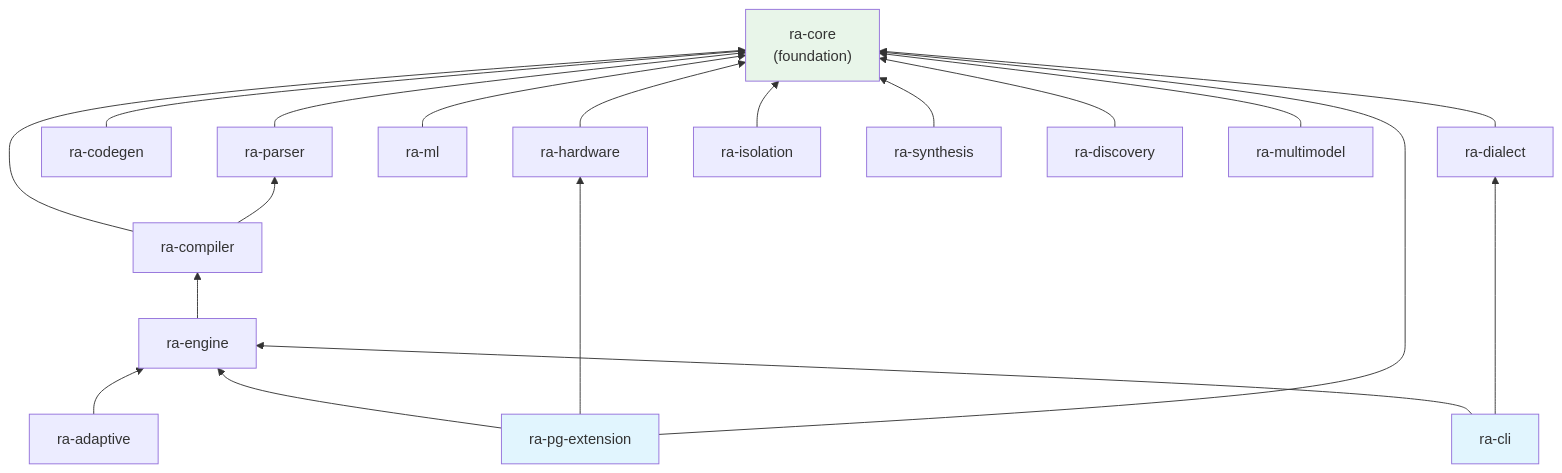
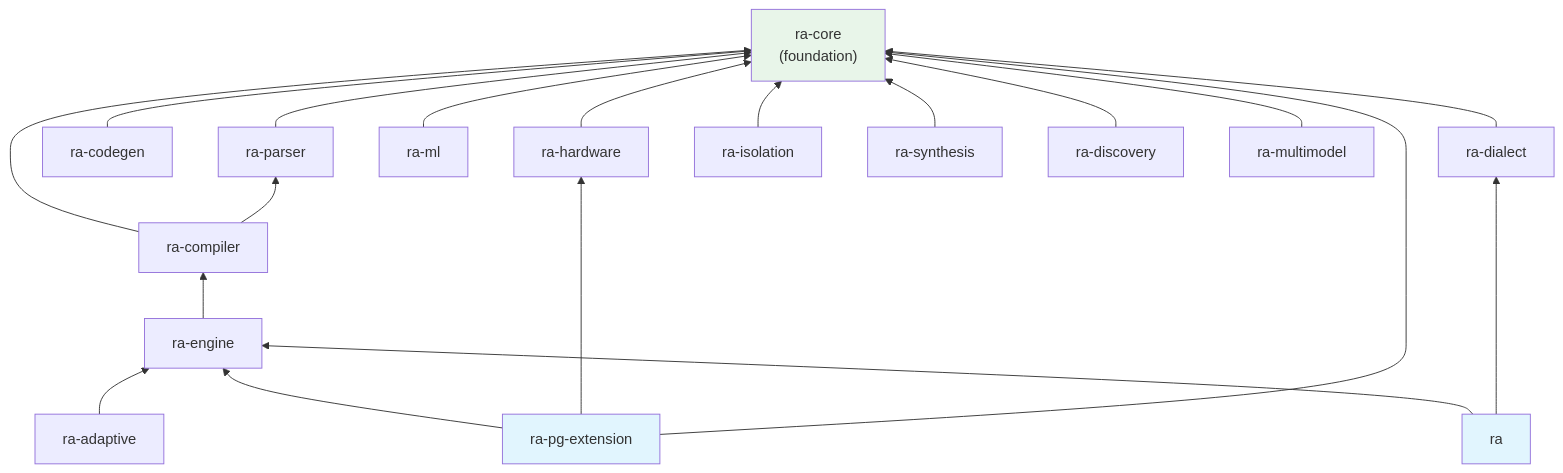
One commit to gburd/ra changed the third of 7 diagrams in docs/features/platform-architecture.md. Above: the diagram before and after it, drawn with Mermaid. The commit also changed other lines of this file and 40 other files, not shown here.

````diff
--- a/docs/features/platform-architecture.md
+++ b/docs/features/platform-architecture.md
@@ -76,26 +76,26 @@
 ```mermaid
 graph BT
     Core["ra-core<br/>(foundation)"]
     Parser["ra-parser"] --> Core
     Compiler["ra-compiler"] --> Core
     Compiler --> Parser
     Engine["ra-engine"] --> Compiler
     Codegen["ra-codegen"] --> Core
     Hardware["ra-hardware"] --> Core
     ML["ra-ml"] --> Core
     Adaptive["ra-adaptive"] --> Engine
     Dialect["ra-dialect"] --> Core
     Isolation["ra-isolation"] --> Core
     Synthesis["ra-synthesis"] --> Core
     Discovery["ra-discovery"] --> Core
     Multimodel["ra-multimodel"] --> Core
     PGExt["ra-pg-extension"] --> Engine
     PGExt --> Hardware
     PGExt --> Core
-    CLI["ra-cli"] --> Engine
+    CLI["ra"] --> Engine
     CLI --> Dialect
 
     style Core fill:#e8f5e9
     style CLI fill:#e1f5fe
     style PGExt fill:#e1f5fe
 ```
````
